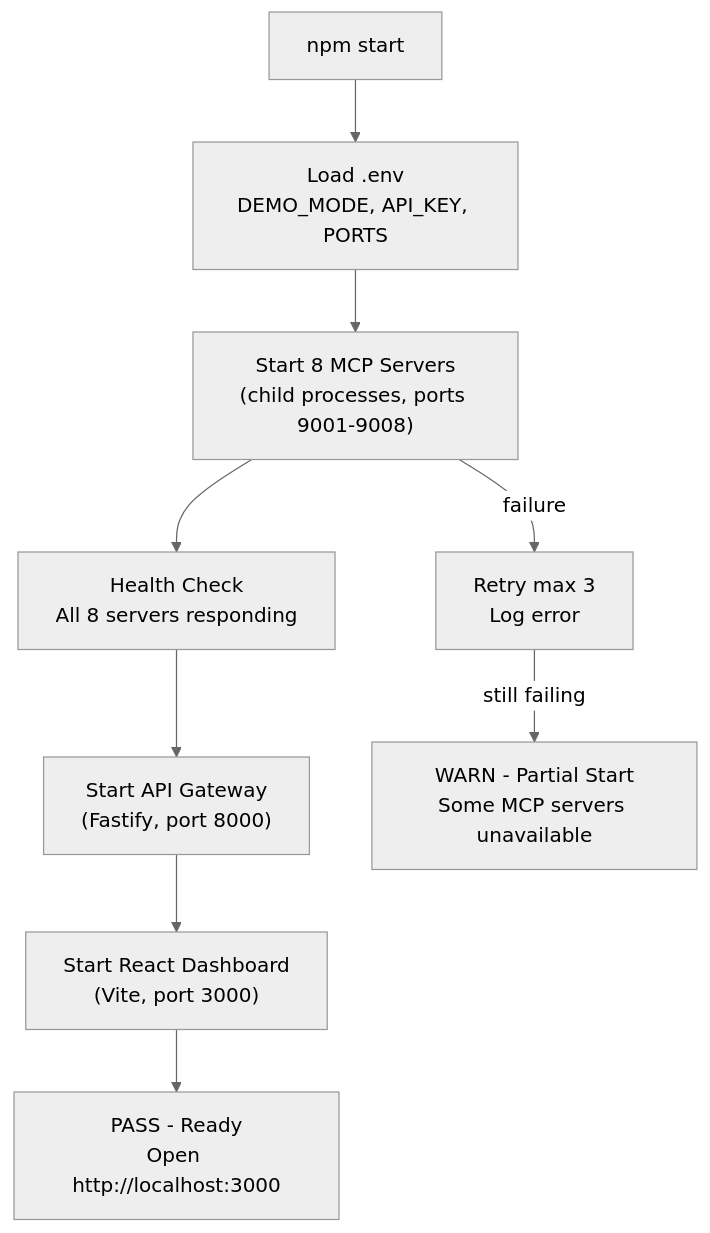
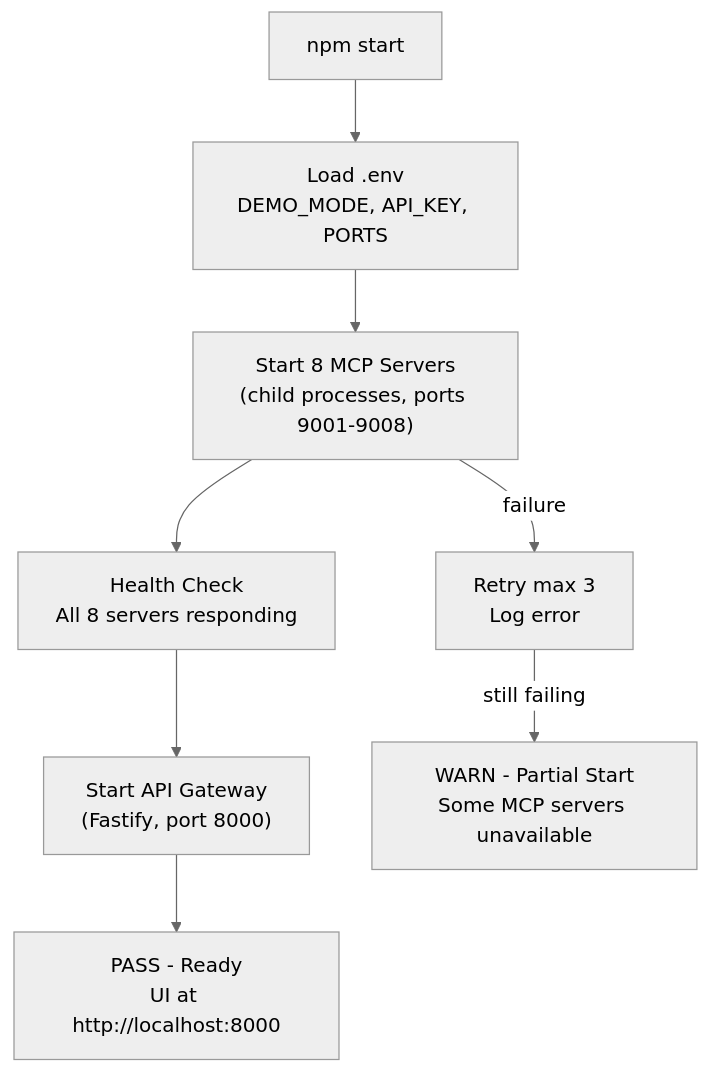
Before and after one commit to premaarya/AgentOps-Demo: the tenth of 12 diagrams in docs/specs/SPEC-ContractAgentOps-Demo.md, drawn with Mermaid (neutral theme). The commit also changed other lines of this file and 156 other files, not shown here.

````diff
--- a/docs/specs/SPEC-ContractAgentOps-Demo.md
+++ b/docs/specs/SPEC-ContractAgentOps-Demo.md
@@ -953,12 +919,11 @@
 ```mermaid
 graph TD
     START["npm start"] --> ENV["Load .env<br/>DEMO_MODE, API_KEY, PORTS"]
     ENV --> MCP_START["Start 8 MCP Servers<br/>(child processes, ports 9001-9008)"]
     MCP_START --> HEALTH["Health Check<br/>All 8 servers responding"]
     HEALTH --> GW_START["Start API Gateway<br/>(Fastify, port 8000)"]
-    GW_START --> DASH_START["Start React Dashboard<br/>(Vite, port 3000)"]
-    DASH_START --> READY["PASS - Ready<br/>Open http://localhost:3000"]
+    GW_START --> READY["PASS - Ready<br/>UI at http://localhost:8000"]
 
     MCP_START -->|failure| RETRY["Retry max 3<br/>Log error"]
     RETRY -->|still failing| PARTIAL["WARN - Partial Start<br/>Some MCP servers unavailable"]
 ```
````
